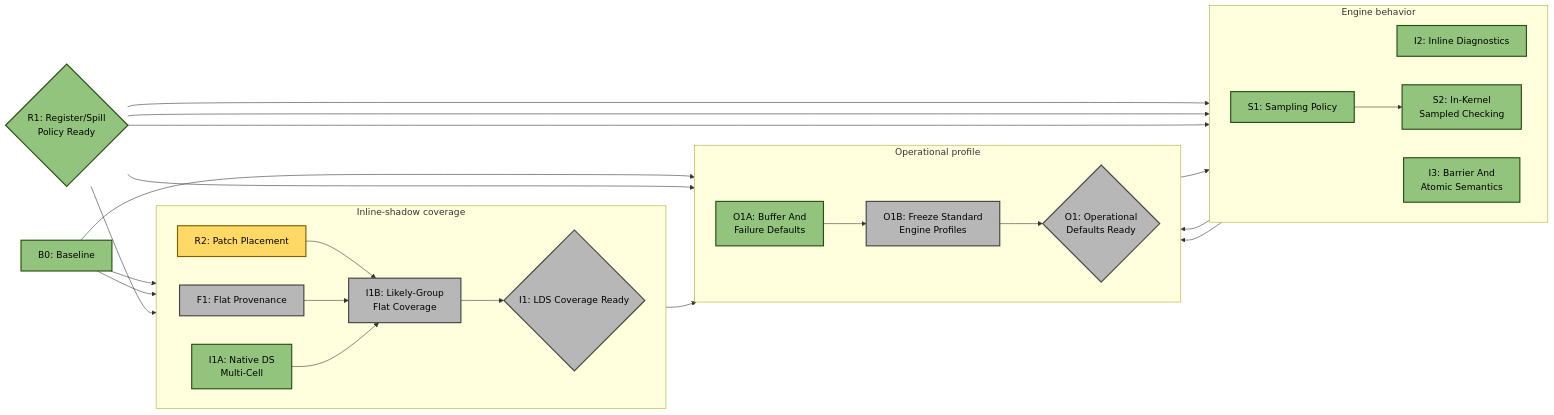
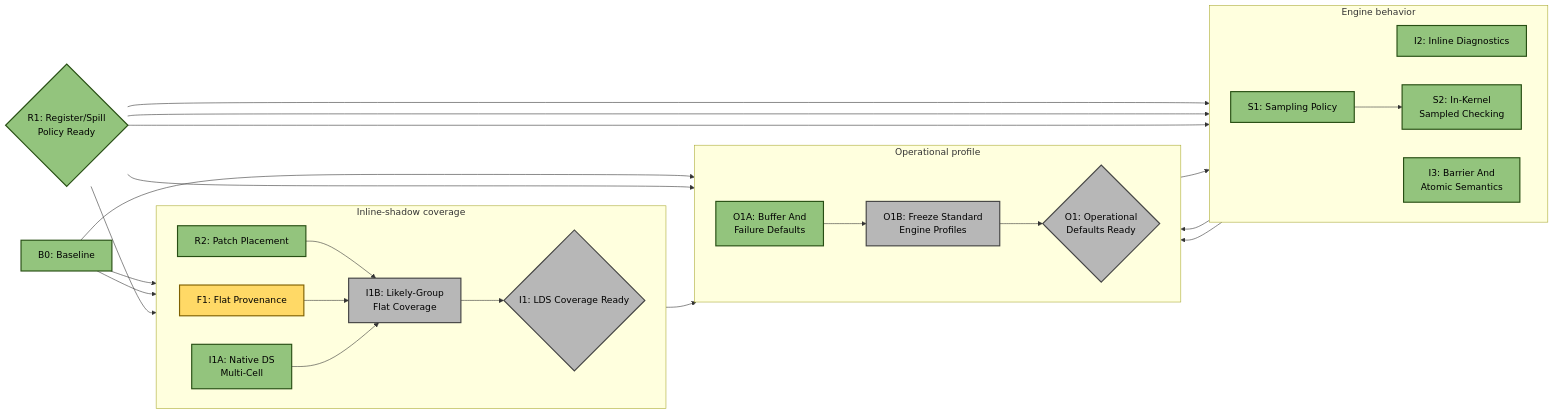
Before and after one commit to ROCm/rocm-systems: the second of 4 diagrams in emulation/rocjitsu/docs/consan/PLAN.md, drawn with Mermaid. The commit also changed other lines of this file and 2 other files, not shown here.

Commit message:
Move SuperCollider probes onto shared placement planner

````diff
--- a/emulation/rocjitsu/docs/consan/PLAN.md
+++ b/emulation/rocjitsu/docs/consan/PLAN.md
@@ -120,56 +120,56 @@
 ```mermaid
 flowchart LR
   B0["B0: Baseline"]:::done
   R1{"R1: Register/Spill<br/>Policy Ready"}:::done
 
   subgraph INLINE["Inline-shadow coverage"]
     direction LR
-    R2["R2: Patch Placement"]:::active
-    F1["F1: Flat Provenance"]:::todo
+    R2["R2: Patch Placement"]:::done
+    F1["F1: Flat Provenance"]:::active
     I1A["I1A: Native DS<br/>Multi-Cell"]:::done
     I1B["I1B: Likely-Group<br/>Flat Coverage"]:::todo
     I1{"I1: LDS Coverage Ready"}:::todo
 
     R2 --> I1B
     F1 --> I1B
     I1A --> I1B
     I1B --> I1
   end
 
   subgraph BEHAVIOR["Engine behavior"]
     direction LR
     I2["I2: Inline Diagnostics"]:::done
     I3["I3: Barrier And<br/>Atomic Semantics"]:::done
     S1["S1: Sampling Policy"]:::done
     S2["S2: In-Kernel<br/>Sampled Checking"]:::done
 
     S1 --> S2
   end
 
   subgraph OPS["Operational profile"]
     direction LR
     O1A["O1A: Buffer And<br/>Failure Defaults"]:::done
     O1B["O1B: Freeze Standard<br/>Engine Profiles"]:::todo
     O1{"O1: Operational<br/>Defaults Ready"}:::todo
 
     O1A --> O1B
     O1B --> O1
   end
 
   B0 --> R2
   B0 --> F1
   B0 --> O1A
   R1 --> I1A
   R1 --> I2
   R1 --> I3
   R1 --> S1
   R1 --> O1B
   O1A --> I2
   I1 --> O1B
   I3 --> O1B
   S1 --> O1B
 
   classDef done fill:#93c47d,stroke:#274e13,stroke-width:2px,color:#000;
   classDef active fill:#ffd966,stroke:#7f6000,stroke-width:2px,color:#000;
   classDef todo fill:#b7b7b7,stroke:#434343,stroke-width:2px,color:#000;
 ```
````
